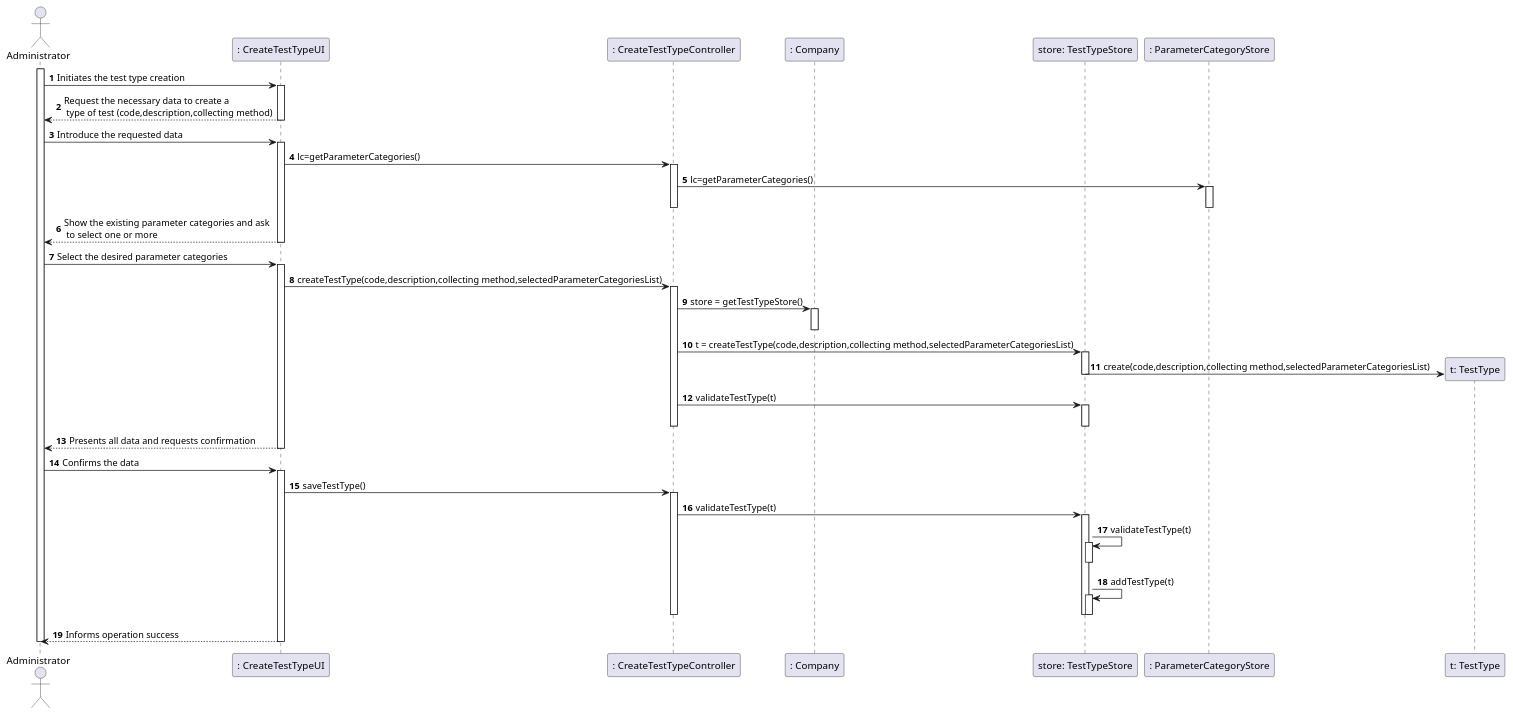
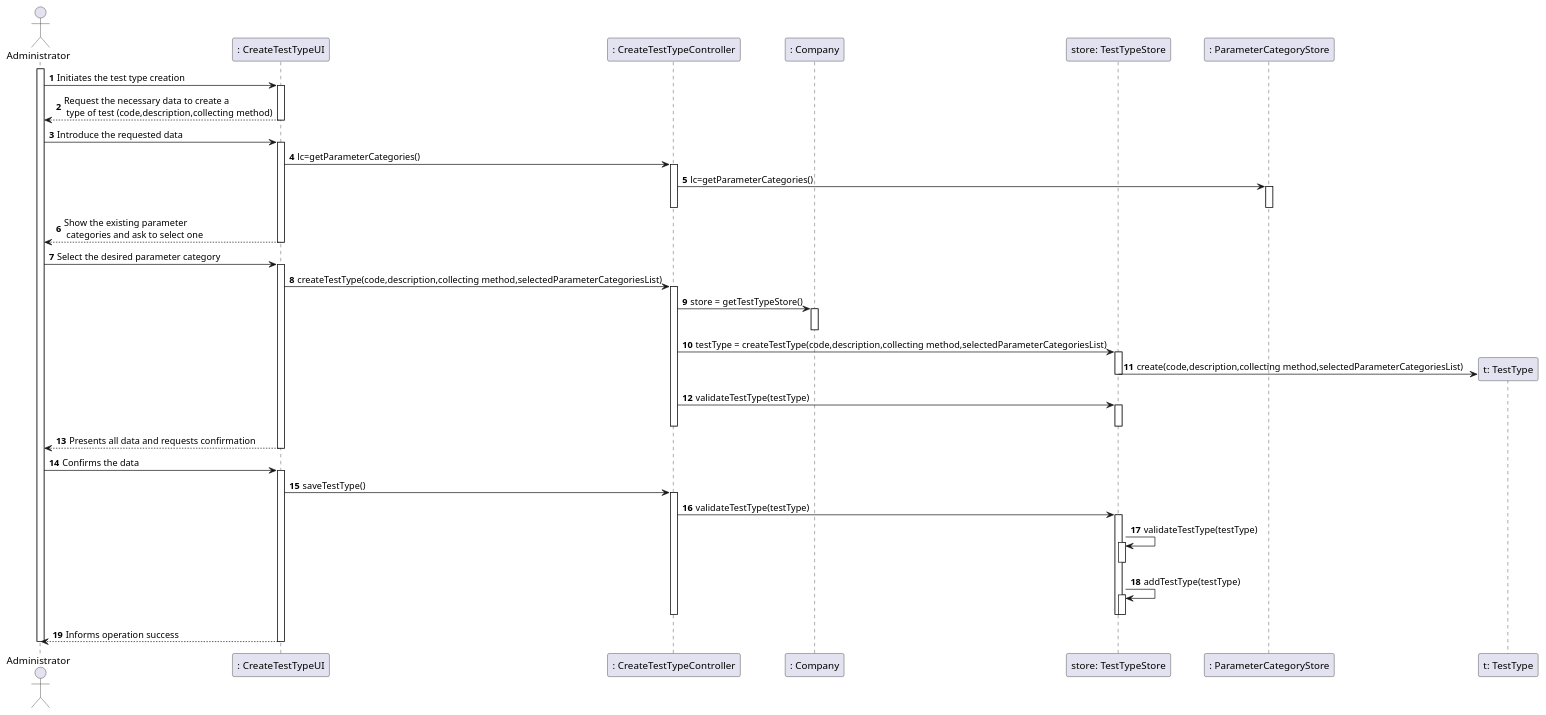
Before and after one commit to manu-07-ela/LAPR2_ISEP: the diagram in docs/SprintB/US09/US09_SD.puml, drawn with PlantUML. The commit also changed 3 other files, not shown here.

```diff
--- a/docs/SprintB/US09/US09_SD.puml
+++ b/docs/SprintB/US09/US09_SD.puml
@@ -1,70 +1,70 @@
 @startuml
 autonumber
 'hide footbox
 actor "Administrator" as Adm
 
 participant ": CreateTestTypeUI" as UI
 participant ": CreateTestTypeController" as CTRL
 participant ": Company" as Comp
 participant "store: TestTypeStore" as str
 participant ": ParameterCategoryStore" as PC
 participant "t: TestType" as TT
 
 activate Adm
 Adm -> UI : Initiates the test type creation
 activate UI
 UI --> Adm : Request the necessary data to create a\n type of test (code,description,collecting method)
 deactivate UI
 
 Adm -> UI : Introduce the requested data
 activate UI
 UI -> CTRL : lc=getParameterCategories()
 activate CTRL
 CTRL -> PC : lc=getParameterCategories()
 activate PC
 deactivate PC
 deactivate CTRL
-UI --> Adm : Show the existing parameter categories and ask\n to select one or more
+UI --> Adm : Show the existing parameter\n categories and ask to select one
 deactivate UI
 
-Adm -> UI : Select the desired parameter categories
+Adm -> UI : Select the desired parameter category
 activate UI
 UI -> CTRL : createTestType(code,description,collecting method,selectedParameterCategoriesList)
 activate CTRL
 CTRL -> Comp : store = getTestTypeStore()
 activate Comp
 deactivate Comp
-CTRL -> str : t = createTestType(code,description,collecting method,selectedParameterCategoriesList)
+CTRL -> str : testType = createTestType(code,description,collecting method,selectedParameterCategoriesList)
 activate str
 str -> TT** : create(code,description,collecting method,selectedParameterCategoriesList)
 deactivate str
-CTRL -> str : validateTestType(t)
+CTRL -> str : validateTestType(testType)
 activate str
 deactivate str
 deactivate CTRL
 UI --> Adm : Presents all data and requests confirmation
 deactivate UI
 
 Adm -> UI: Confirms the data
 activate UI
 UI -> CTRL: saveTestType()
 activate CTRL
-CTRL -> str : validateTestType(t)
+CTRL -> str : validateTestType(testType)
 activate str
-str -> str : validateTestType(t)
+str -> str : validateTestType(testType)
 activate str
 deactivate str
-str ->str : addTestType(t)
+str ->str : addTestType(testType)
 activate str
 deactivate str
 deactivate str
 deactivate CTRL
 UI --> Adm : Informs operation success
 deactivate UI
 
 deactivate Adm
 
 
 
 
 @enduml
```
